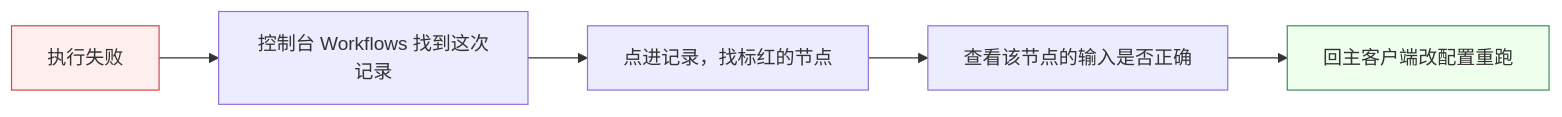
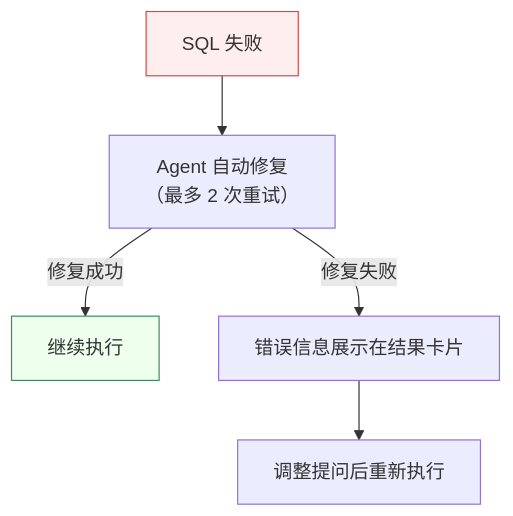
Before and after one commit to shixia9/MustBeTheSQL: the third of 3 diagrams in sql-logic-docs/docs/faq/troubleshooting.md, drawn with Mermaid. The commit also changed other lines of this file and 11 other files, not shown here.

````diff
--- a/sql-logic-docs/docs/faq/troubleshooting.md
+++ b/sql-logic-docs/docs/faq/troubleshooting.md
@@ -54,9 +84,9 @@
 ```mermaid
-flowchart LR
-  Fail["执行失败"] --> Find["控制台 Workflows 找到这次记录"]
-  Find --> Node["点进记录，找标红的节点"]
-  Node --> In["查看该节点的输入是否正确"]
-  In --> Fix["回主客户端改配置重跑"]
+flowchart TD
+  Fail["SQL 失败"] --> Auto["Agent 自动修复<br/>（最多 2 次重试）"]
+  Auto -->|"修复成功"| OK["继续执行"]
+  Auto -->|"修复失败"| Card["错误信息展示在结果卡片"]
+  Card --> Tip["调整提问后重新执行"]
   style Fail fill:#fee,stroke:#d94545
-  style Fix fill:#efe,stroke:#3b8c5e
+  style OK fill:#efe,stroke:#3b8c5e
 ```
````
